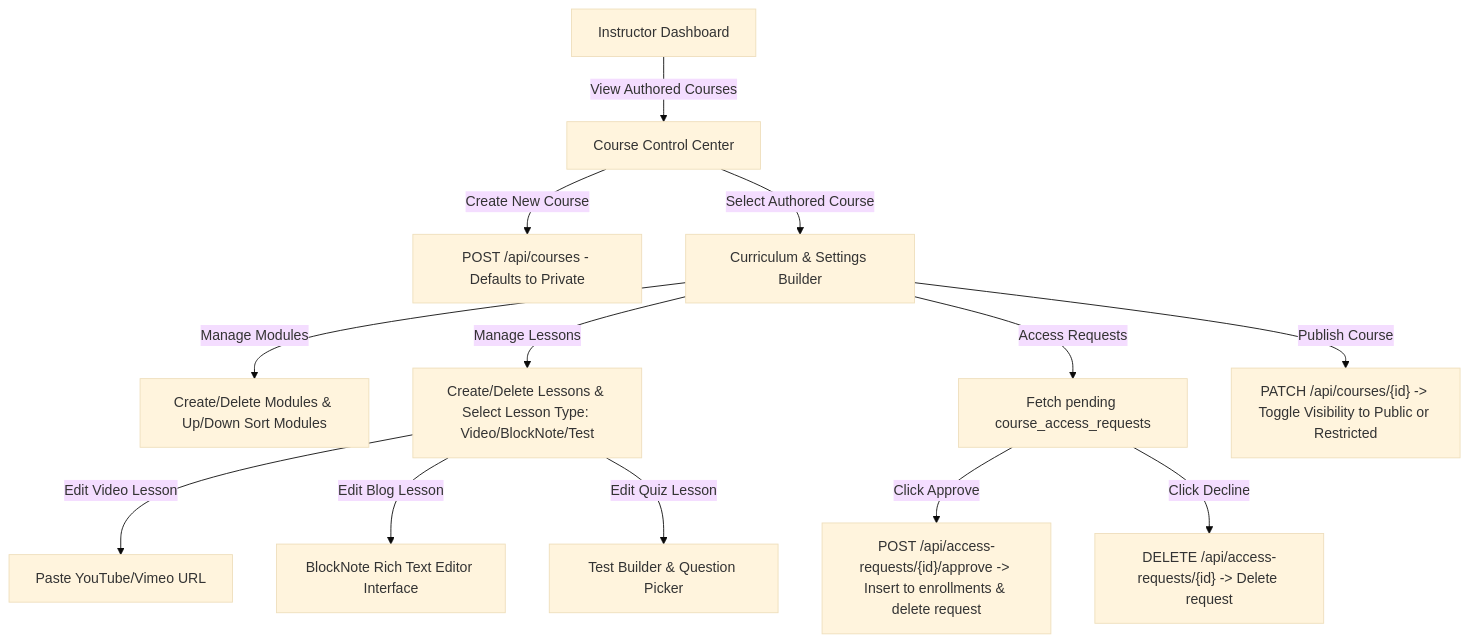
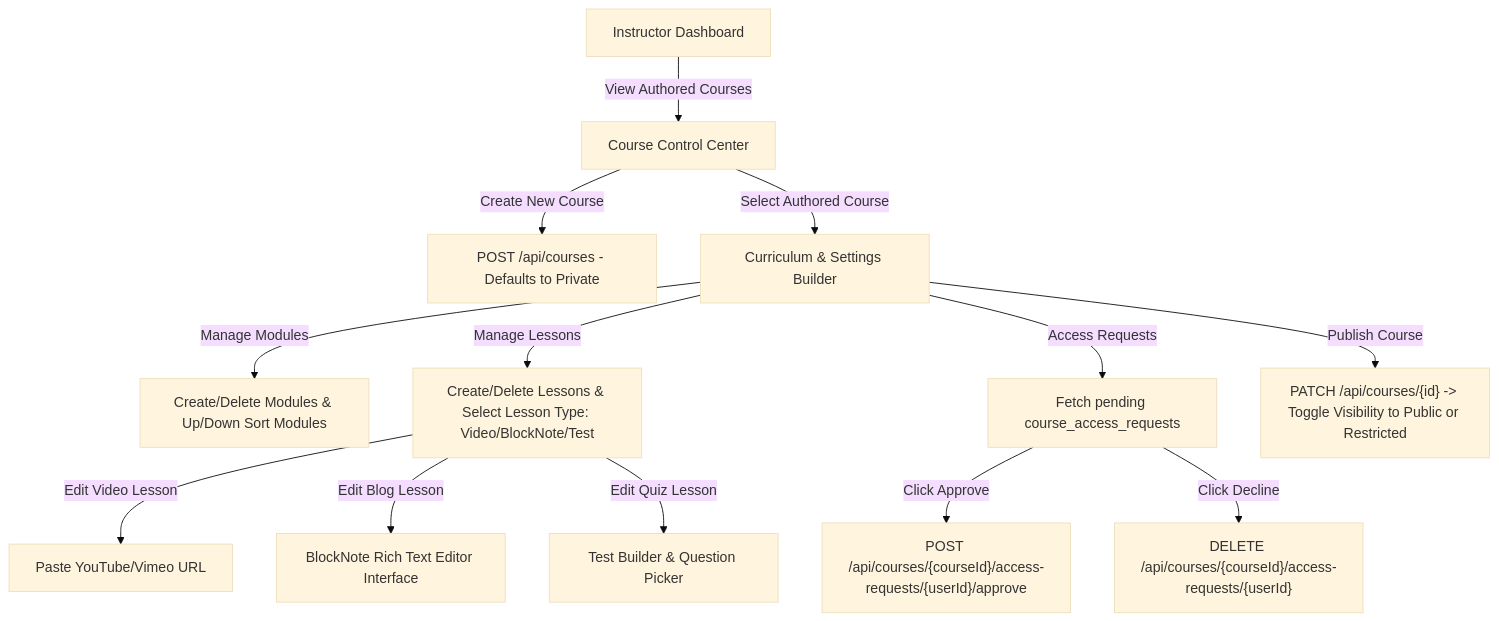
The fourth of 5 diagrams in planning/guidelines_and_user_flows.md (tuasananh/GocTriThuc), drawn with Mermaid (base theme) before and after one commit. The commit also changed other lines of this file and 11 other files, not shown here.

First line of the commit message:
refactor(planning): align schema, SRS, and roadmaps

````diff
--- a/planning/guidelines_and_user_flows.md
+++ b/planning/guidelines_and_user_flows.md
@@ -163,18 +163,18 @@
 ```mermaid
 flowchart TD
     A[Instructor Dashboard] -->|View Authored Courses| B[Course Control Center]
     B -->|Create New Course| C["POST /api/courses - Defaults to Private"]
     B -->|Select Authored Course| D[Curriculum & Settings Builder]
     
     D -->|Manage Modules| E[Create/Delete Modules & Up/Down Sort Modules]
     D -->|Manage Lessons| F[Create/Delete Lessons & Select Lesson Type: Video/BlockNote/Test]
     F -->|Edit Video Lesson| G[Paste YouTube/Vimeo URL]
     F -->|Edit Blog Lesson| H[BlockNote Rich Text Editor Interface]
     F -->|Edit Quiz Lesson| I[Test Builder & Question Picker]
     
     D -->|Access Requests| J[Fetch pending course_access_requests]
-    J -->|Click Approve| K["POST /api/access-requests/{id}/approve -> Insert to enrollments & delete request"]
-    J -->|Click Decline| L["DELETE /api/access-requests/{id} -> Delete request"]
+    J -->|Click Approve| K["POST /api/courses/{courseId}/access-requests/{userId}/approve"]
+    J -->|Click Decline| L["DELETE /api/courses/{courseId}/access-requests/{userId}"]
     
     D -->|Publish Course| M["PATCH /api/courses/{id} -> Toggle Visibility to Public or Restricted"]
 ```
````
